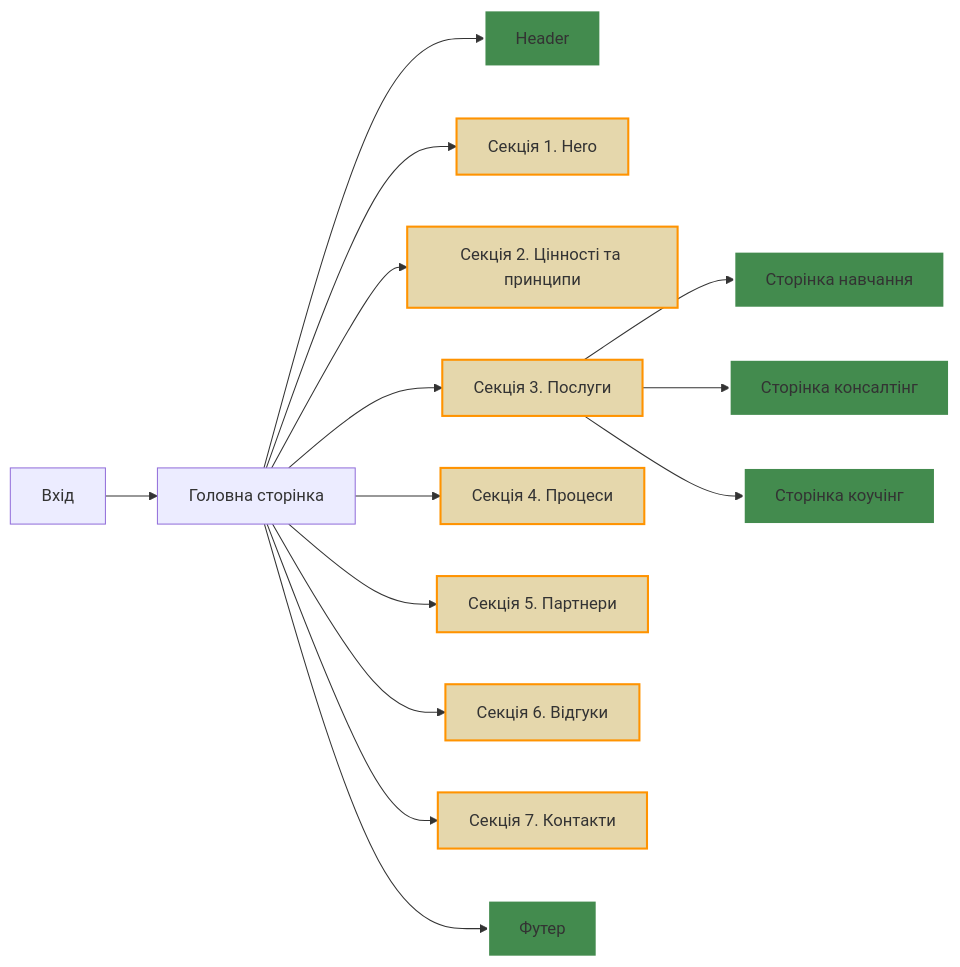
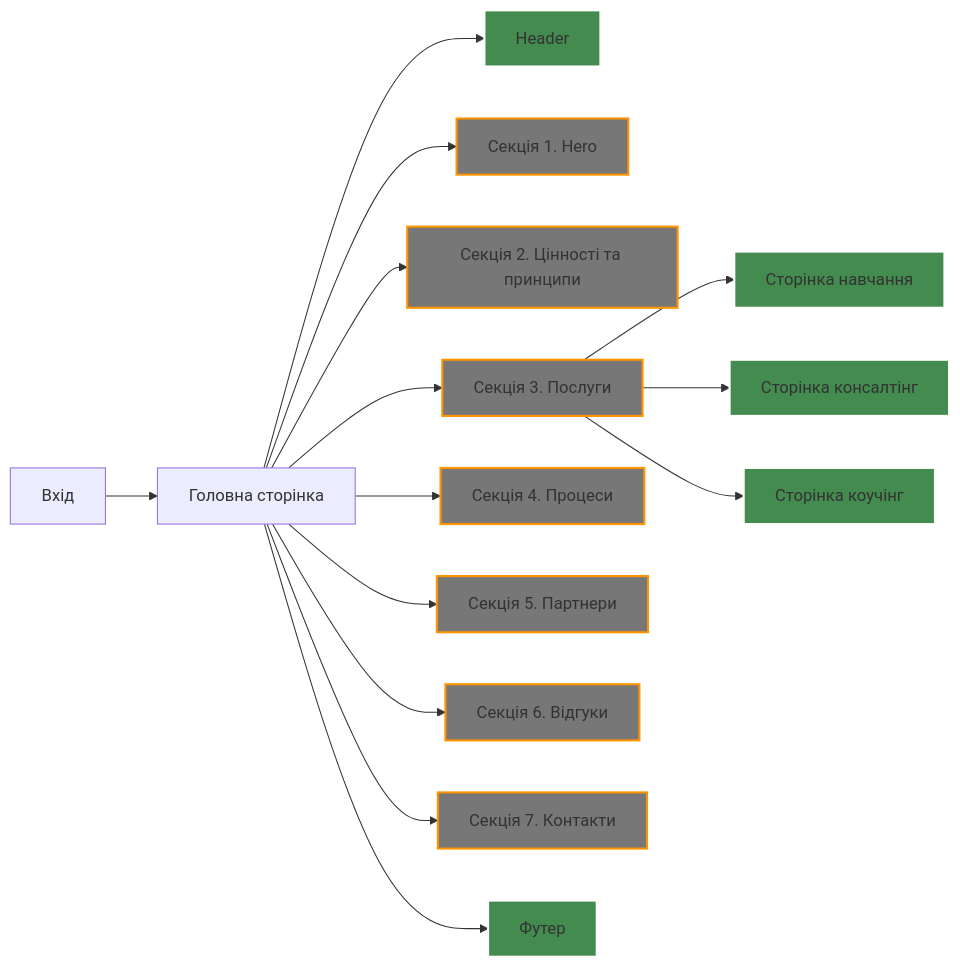
Before and after one commit to sergio-nezhigay/carptravel: the diagram in README.md, drawn with Mermaid.

````diff
--- a/README.md
+++ b/README.md
@@ -51,37 +51,37 @@
 ```mermaid
 graph LR
 
   %% Хедер
   style B fill:#438b4e, stroke:#ffffff, stroke-width:2px;
 
   %% Секції
-  style C fill:#E5D7AC, stroke:#ff9300, stroke-width:2px;
-  style D fill:#E5D7AC, stroke:#ff9300, stroke-width:2px;
-  style E fill:#E5D7AC, stroke:#ff9300, stroke-width:2px;
-  style F fill:#E5D7AC, stroke:#ff9300, stroke-width:2px;
-  style G fill:#E5D7AC, stroke:#ff9300, stroke-width:2px;
-  style H fill:#E5D7AC, stroke:#ff9300, stroke-width:2px;
-  style I fill:#E5D7AC, stroke:#ff9300, stroke-width:2px;
+  style C fill:#777, stroke:#ff9300, stroke-width:2px;
+  style D fill:#777, stroke:#ff9300, stroke-width:2px;
+  style E fill:#777, stroke:#ff9300, stroke-width:2px;
+  style F fill:#777, stroke:#ff9300, stroke-width:2px;
+  style G fill:#777, stroke:#ff9300, stroke-width:2px;
+  style H fill:#777, stroke:#ff9300, stroke-width:2px;
+  style I fill:#777, stroke:#ff9300, stroke-width:2px;
 
   %% Сторінки
   style N fill:#438b4e, stroke:#ffffff, stroke-width:2px;
   style O fill:#438b4e, stroke:#ffffff, stroke-width:2px;
   style P fill:#438b4e, stroke:#ffffff, stroke-width:2px;
 
   %% Футер
   style J fill:#438b4e, stroke:#ffffff, stroke-width:2px;
 
   Z[Вхід] --> A[Головна сторінка]
   A --> B[Header]
   A --> C[Секція 1. Hero]
   A --> D[Секція 2. Цінності та принципи]
   A --> E[Секція 3. Послуги]
   A --> F[Секція 4. Процеси]
   A --> G[Секція 5. Партнери]
   A --> H[Секція 6. Відгуки]
   A --> I[Секція 7. Контакти]
   A --> J[Футер]
   E --> N[Сторінка навчання]
   E --> O[Сторінка консалтінг]
   E --> P[Сторінка коучінг]
 ```
````
